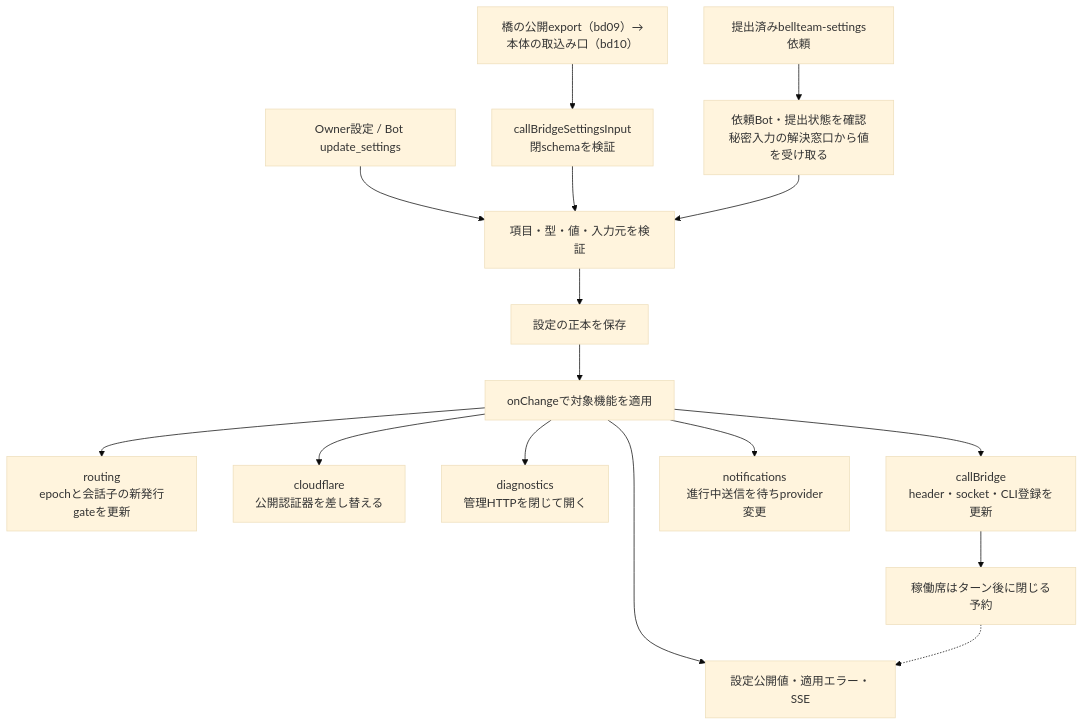
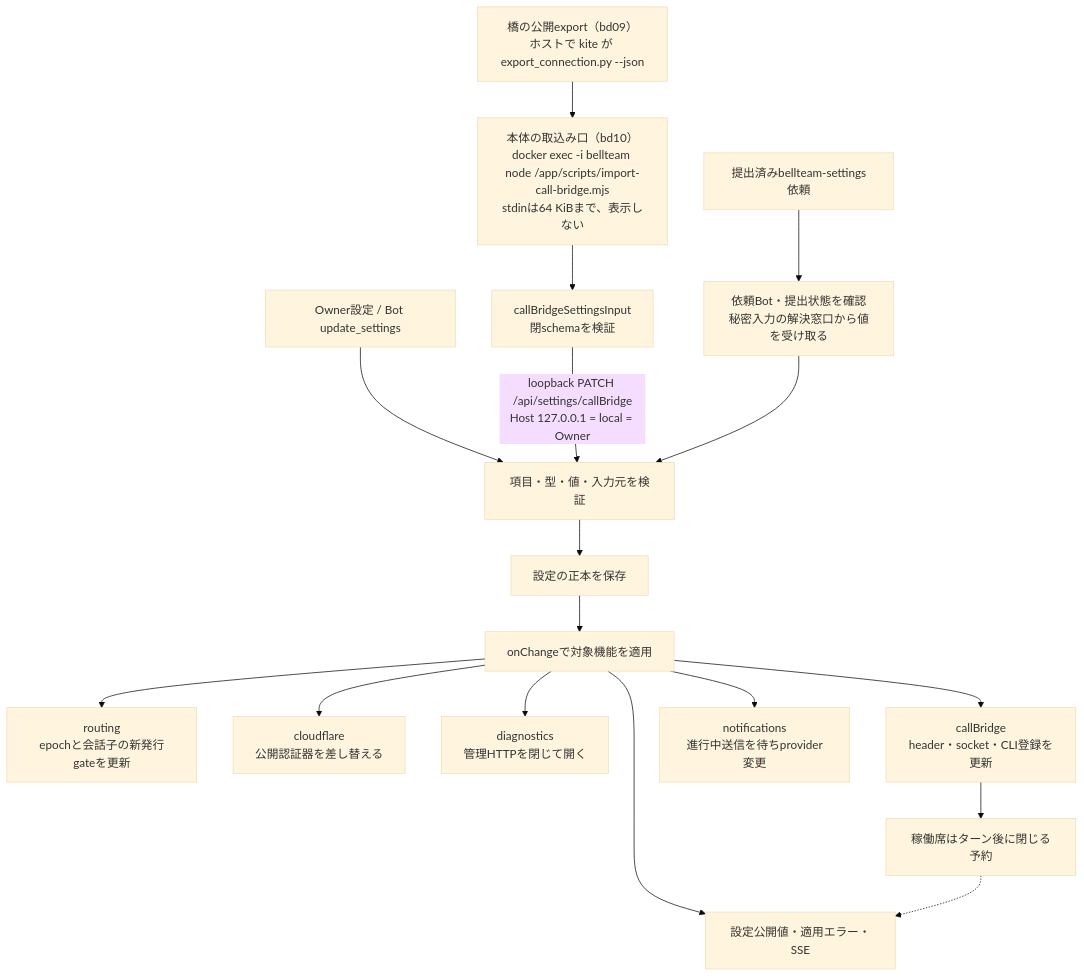
The fourth of 5 diagrams in docs/architecture/modules/usage/flows.md (kitepon/BellTeam), drawn with Mermaid (base theme) before and after one commit. The commit also changed other lines of this file and 7 other files, not shown here.

First line of the commit message:
bd10: import Bridge's connection export into the running server; retire prepare-call-bridge.mjs

````diff
--- a/docs/architecture/modules/usage/flows.md
+++ b/docs/architecture/modules/usage/flows.md
@@ -108,18 +108,20 @@
 ```mermaid
 flowchart TD
   Input["Owner設定 / Bot update_settings"] --> Validate
-  Export["橋の公開export（bd09）→本体の取込み口（bd10）"] --> Import["callBridgeSettingsInput<br/>閉schemaを検証"]
-  Import --> Validate["項目・型・値・入力元を検証"]
+  Export["橋の公開export（bd09）<br/>ホストで kite が export_connection.py --json"] --> Entry["本体の取込み口（bd10）<br/>docker exec -i bellteam node /app/scripts/import-call-bridge.mjs<br/>stdinは64 KiBまで、表示しない"]
+  Entry --> Import["callBridgeSettingsInput<br/>閉schemaを検証"]
+  Import -->|"loopback PATCH /api/settings/callBridge<br/>Host 127.0.0.1 = local = Owner"| Validate
+  Validate["項目・型・値・入力元を検証"]
   Secret["提出済みbellteam-settings依頼"] --> Read["依頼Bot・提出状態を確認<br/>秘密入力の解決窓口から値を受け取る"]
   Read --> Validate
   Validate --> Save["設定の正本を保存"]
   Save --> Apply["onChangeで対象機能を適用"]
   Apply --> Route["routing<br/>epochと会話子の新発行gateを更新"]
   Apply --> CF["cloudflare<br/>公開認証器を差し替える"]
   Apply --> Diag["diagnostics<br/>管理HTTPを閉じて開く"]
   Apply --> Call["callBridge<br/>header・socket・CLI登録を更新"]
   Apply --> Push["notifications<br/>進行中送信を待ちprovider変更"]
   Call --> Pending["稼働席はターン後に閉じる予約"]
   Apply --> View["設定公開値・適用エラー・SSE"]
   Pending -.-> View
 ```
````
